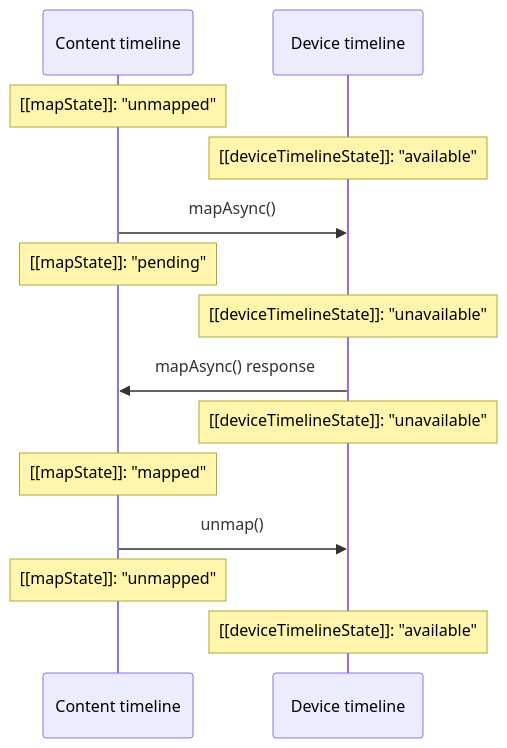
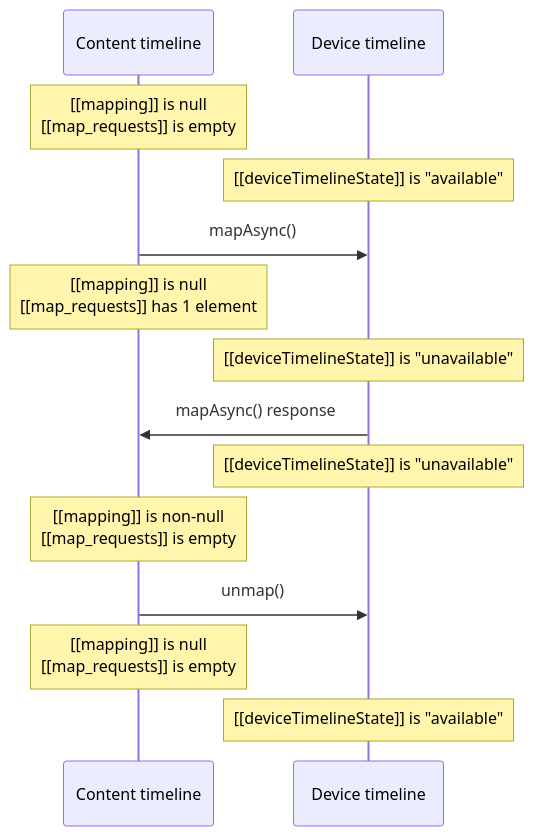
Before and after one commit to gpuweb/gpuweb: the diagram in spec/diagrams/buffer-map-unmap.mmd, drawn with Mermaid. The commit also changed 4 other files, not shown here.

Commit message:
diagram updates and nits

```diff
--- a/spec/diagrams/buffer-map-unmap.mmd
+++ b/spec/diagrams/buffer-map-unmap.mmd
@@ -1,12 +1,12 @@
 sequenceDiagram
-    Note over Content timeline: [[mapState]]: "unmapped"
-    Note over Device timeline: [[deviceTimelineState]]: "available"
+    Note over Content timeline: [[mapping]] is null<br>[[map_requests]] is empty
+    Note over Device timeline: [[deviceTimelineState]] is "available"
     Content timeline ->> Device timeline: mapAsync()
-    Note over Content timeline: [[mapState]]: "pending"
-    Note over Device timeline: [[deviceTimelineState]]: "unavailable"
+    Note over Content timeline: [[mapping]] is null<br>[[map_requests]] has 1 element
+    Note over Device timeline: [[deviceTimelineState]] is "unavailable"
     Device timeline ->> Content timeline: mapAsync() response
-    Note over Device timeline: [[deviceTimelineState]]: "unavailable"
-    Note over Content timeline: [[mapState]]: "mapped"
+    Note over Device timeline: [[deviceTimelineState]] is "unavailable"
+    Note over Content timeline: [[mapping]] is non-null<br>[[map_requests]] is empty
     Content timeline ->> Device timeline: unmap()
-    Note over Content timeline: [[mapState]]: "unmapped"
-    Note over Device timeline: [[deviceTimelineState]]: "available"
+    Note over Content timeline: [[mapping]] is null<br>[[map_requests]] is empty
+    Note over Device timeline: [[deviceTimelineState]] is "available"
```
